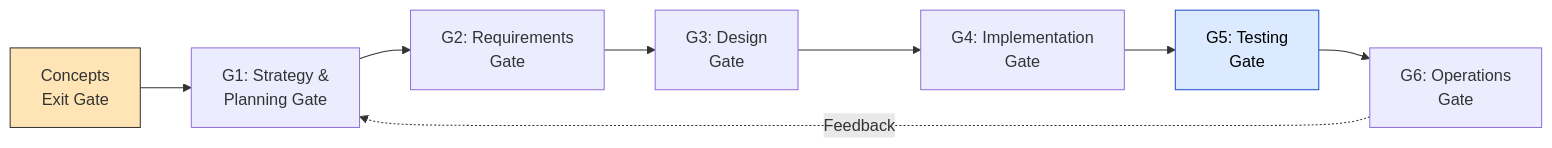
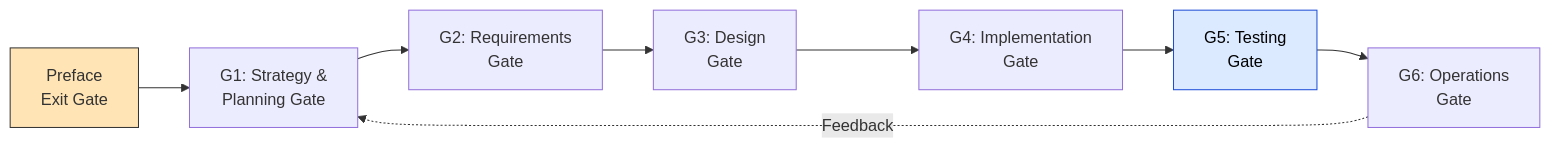
Before and after one commit to shuji-bonji/ai-agent-architecture: the sixth of 6 diagrams in docs/workflows/development-phases.md, drawn with Mermaid. The commit also changed other lines of this file and 38 other files, not shown here.

````diff
--- a/docs/workflows/development-phases.md
+++ b/docs/workflows/development-phases.md
@@ -323,16 +323,16 @@
 ```mermaid
 flowchart LR
-    G0["Concepts<br/>Exit Gate"]
+    G0["Preface<br/>Exit Gate"]
     G1["G1: Strategy &<br/>Planning Gate"]
     G2["G2: Requirements<br/>Gate"]
     G3["G3: Design<br/>Gate"]
     G4["G4: Implementation<br/>Gate"]
     G5["G5: Testing<br/>Gate"]
     G6["G6: Operations<br/>Gate"]
 
     G0 --> G1 --> G2 --> G3 --> G4 --> G5 --> G6
     G6 -.->|Feedback| G1
 
     style G0 fill:#FFE4B5,color:#333,stroke:#333
     style G5 fill:#dbeafe,stroke:#1d4ed8,color:#000
 ```
````
